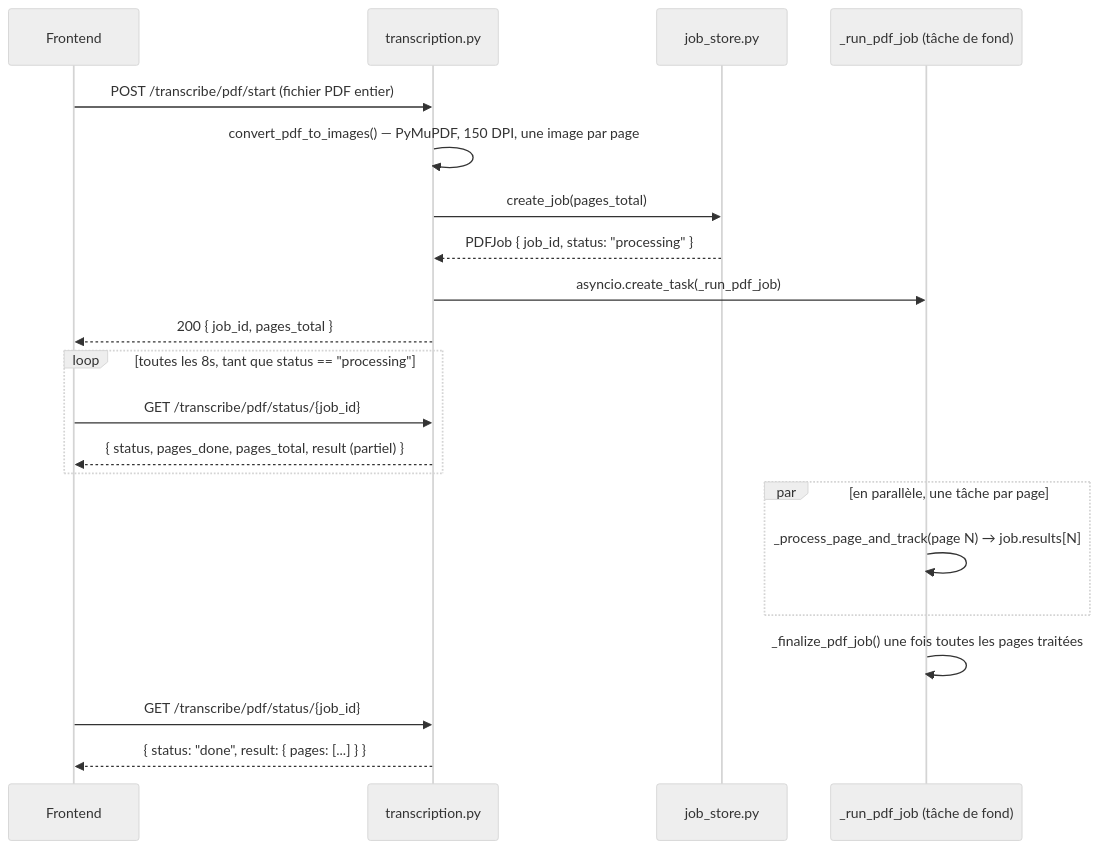
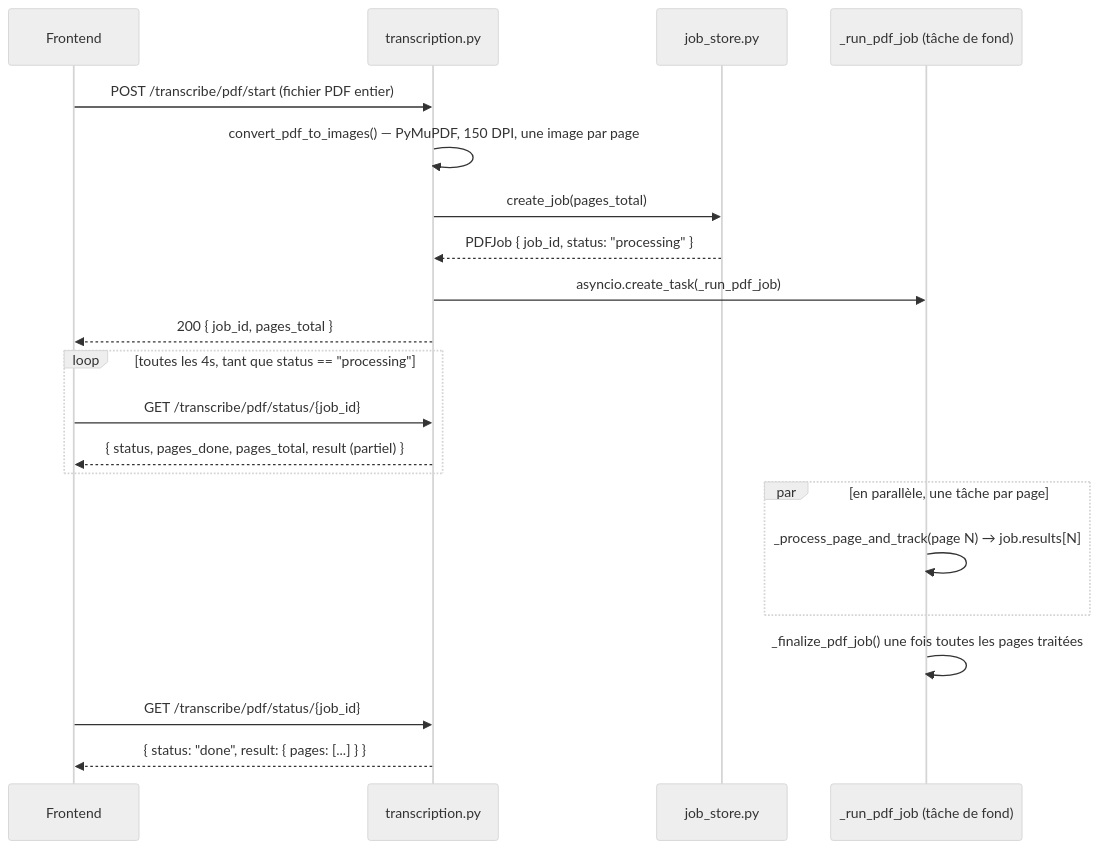
One commit to hakili-lab/Hakili-Ocr-Specialise changed the diagram in docs/architecture/03-flux-pdf.md. Above: the diagram before and after it, drawn with Mermaid (neutral theme). The commit also changed other lines of this file and 14 other files, not shown here.

````diff
--- a/docs/architecture/03-flux-pdf.md
+++ b/docs/architecture/03-flux-pdf.md
@@ -30,26 +30,26 @@
 ```mermaid
 sequenceDiagram
     participant FE as Frontend
     participant R as transcription.py
     participant JS as job_store.py
     participant BG as _run_pdf_job (tâche de fond)
 
     FE->>R: POST /transcribe/pdf/start (fichier PDF entier)
     R->>R: convert_pdf_to_images() — PyMuPDF, 150 DPI, une image par page
     R->>JS: create_job(pages_total)
     JS-->>R: PDFJob { job_id, status: "processing" }
     R->>BG: asyncio.create_task(_run_pdf_job)
     R-->>FE: 200 { job_id, pages_total }
 
-    loop toutes les 8s, tant que status == "processing"
+    loop toutes les 4s, tant que status == "processing"
         FE->>R: GET /transcribe/pdf/status/{job_id}
         R-->>FE: { status, pages_done, pages_total, result (partiel) }
     end
 
     par en parallèle, une tâche par page
         BG->>BG: _process_page_and_track(page N) → job.results[N]
     end
     BG->>BG: _finalize_pdf_job() une fois toutes les pages traitées
     FE->>R: GET /transcribe/pdf/status/{job_id}
     R-->>FE: { status: "done", result: { pages: [...] } }
 ```
````
